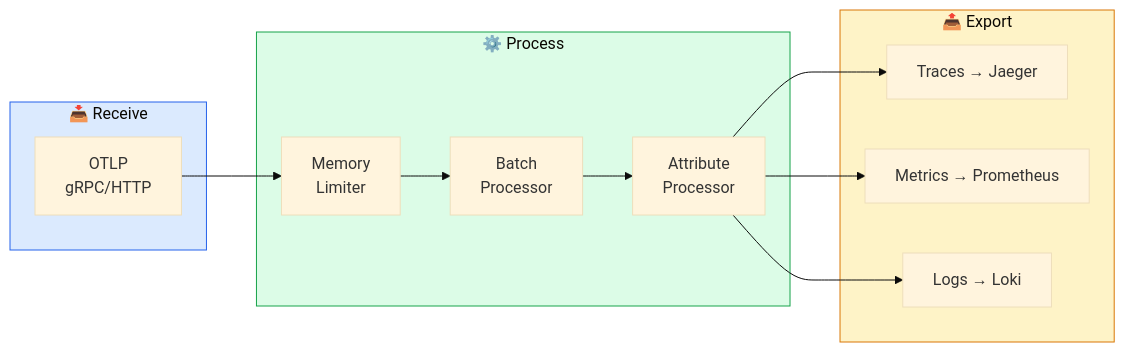
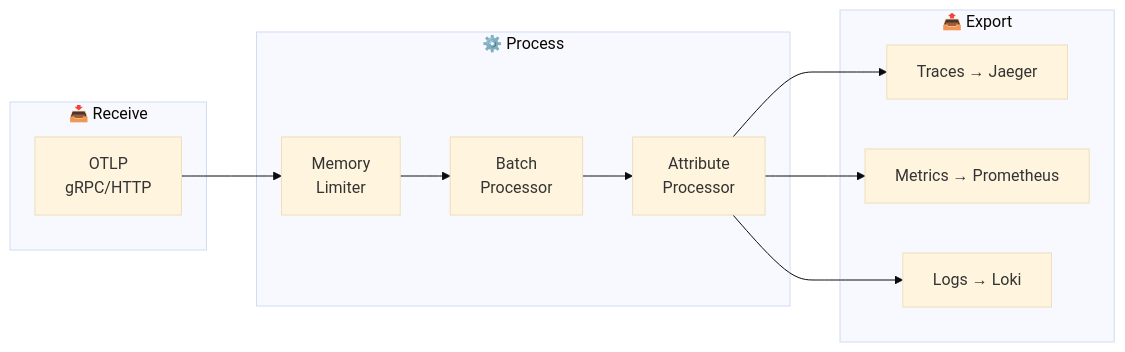
One commit to shivam-g-mishra/blog changed the second of 5 diagrams in docs/observability/single-node-setup.md. Above: the diagram before and after it, drawn with Mermaid (base theme). The commit also changed other lines of this file and 23 other files, not shown here.

First line of the commit message:
fix: improve Mermaid diagram visibility in dark mode

````diff
--- a/docs/observability/single-node-setup.md
+++ b/docs/observability/single-node-setup.md
@@ -246,27 +241,23 @@
 ```mermaid
 flowchart LR
     subgraph receive["📥 Receive"]
         otlp[OTLP<br/>gRPC/HTTP]
     end
     
     subgraph process["⚙️ Process"]
         ml[Memory<br/>Limiter]
         batch[Batch<br/>Processor]
         attr[Attribute<br/>Processor]
     end
     
     subgraph export["📤 Export"]
         traces[Traces → Jaeger]
         metrics[Metrics → Prometheus]
         logs[Logs → Loki]
     end
     
     otlp --> ml --> batch --> attr
     attr --> traces
     attr --> metrics
     attr --> logs
-    
-    style receive fill:#dbeafe,stroke:#2563eb
-    style process fill:#dcfce7,stroke:#16a34a
-    style export fill:#fef3c7,stroke:#d97706
 ```
````
